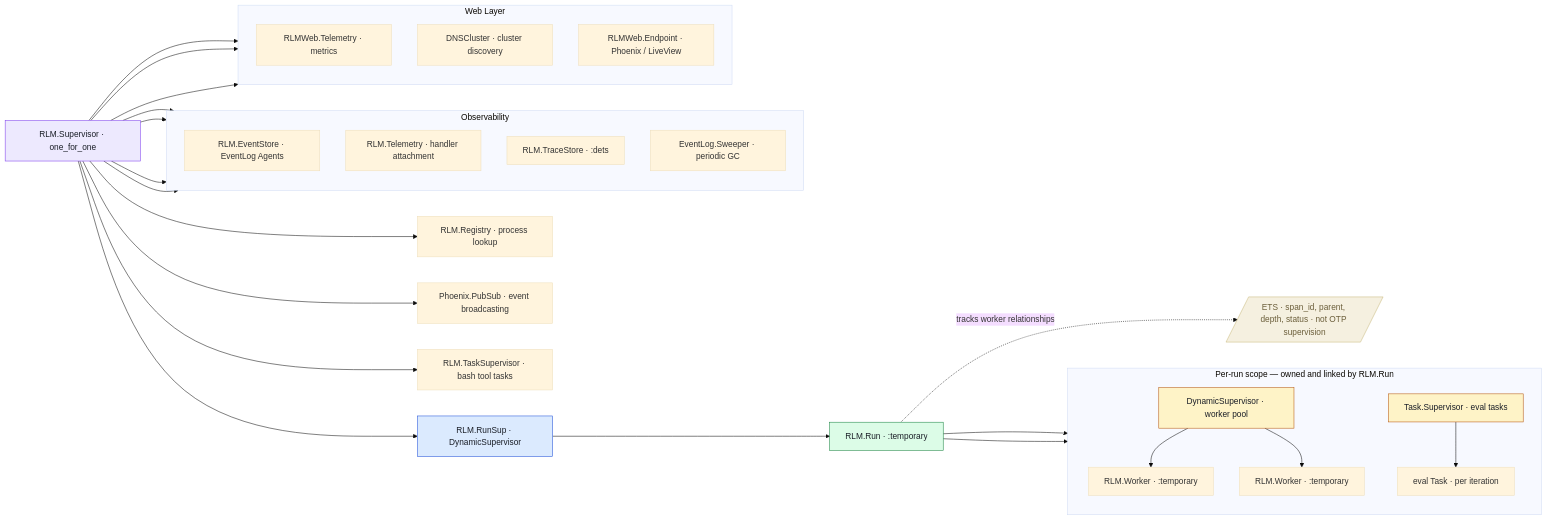
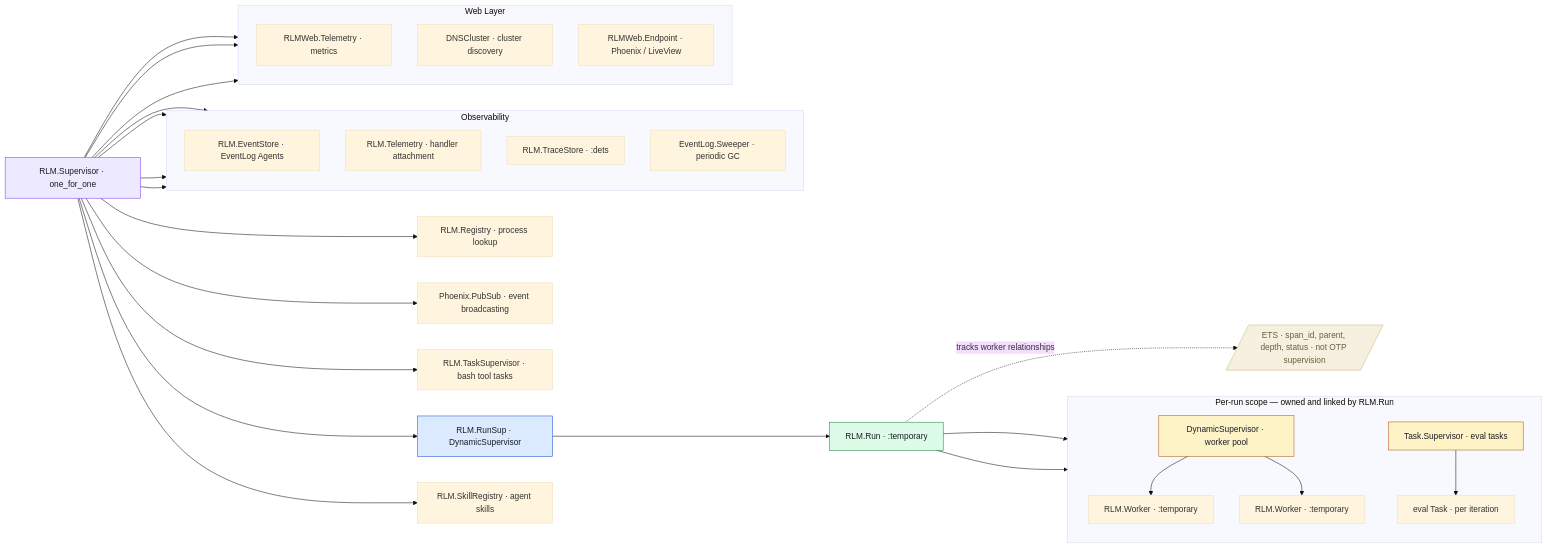
One commit to errantsky/exrlm changed the second of 2 diagrams in README.md. Above: the diagram before and after it, drawn with Mermaid (base theme). The commit also changed other lines of this file and 18 other files, not shown here.

First line of the commit message:
feat: add Agent Skills system for extensible instruction packages

````diff
--- a/README.md
+++ b/README.md
@@ -223,54 +246,55 @@
 ```mermaid
 graph LR
     SUP["RLM.Supervisor · one_for_one"]
 
     SUP --> REG["RLM.Registry · process lookup"]
     SUP --> PS["Phoenix.PubSub · event broadcasting"]
     SUP --> TS["RLM.TaskSupervisor · bash tool tasks"]
     SUP --> RUNSUP["RLM.RunSup · DynamicSupervisor"]
 
     subgraph Obs["Observability"]
         direction TB
         ES["RLM.EventStore · EventLog Agents"]
         TEL["RLM.Telemetry · handler attachment"]
         TRACE["RLM.TraceStore · :dets"]
         SWEEP["EventLog.Sweeper · periodic GC"]
     end
     SUP --> ES
     SUP --> TEL
     SUP --> TRACE
     SUP --> SWEEP
+    SUP --> SKILLS["RLM.SkillRegistry · agent skills"]
 
     subgraph Web["Web Layer"]
         direction TB
         WEBTEL["RLMWeb.Telemetry · metrics"]
         DNS["DNSCluster · cluster discovery"]
         EP["RLMWeb.Endpoint · Phoenix / LiveView"]
     end
     SUP --> WEBTEL
     SUP --> DNS
     SUP --> EP
 
     RUNSUP --> RUN["RLM.Run · :temporary"]
 
     subgraph RunScope["Per-run scope — owned and linked by RLM.Run"]
         direction TB
         WD["DynamicSupervisor · worker pool"]
         EVALSUP["Task.Supervisor · eval tasks"]
         WD --> W1["RLM.Worker · :temporary"]
         WD --> W2["RLM.Worker · :temporary"]
         EVALSUP --> ET["eval Task · per iteration"]
     end
     RUN --> WD
     RUN --> EVALSUP
 
     ETS[/"ETS · span_id, parent, depth, status · not OTP supervision"/]
     RUN -. "tracks worker relationships" .-> ETS
 
     style SUP fill:#ede9fe,stroke:#7c3aed,color:#1a1e27
     style RUNSUP fill:#dbeafe,stroke:#1d4ed8,color:#1a1e27
     style RUN fill:#dcfce7,stroke:#15803d,color:#1a1e27
     style WD fill:#fef3c7,stroke:#b45309,color:#1a1e27
     style EVALSUP fill:#fef3c7,stroke:#b45309,color:#1a1e27
     style ETS fill:#f5f0e0,stroke:#c8b87a,color:#6b5e3a
 ```
````
